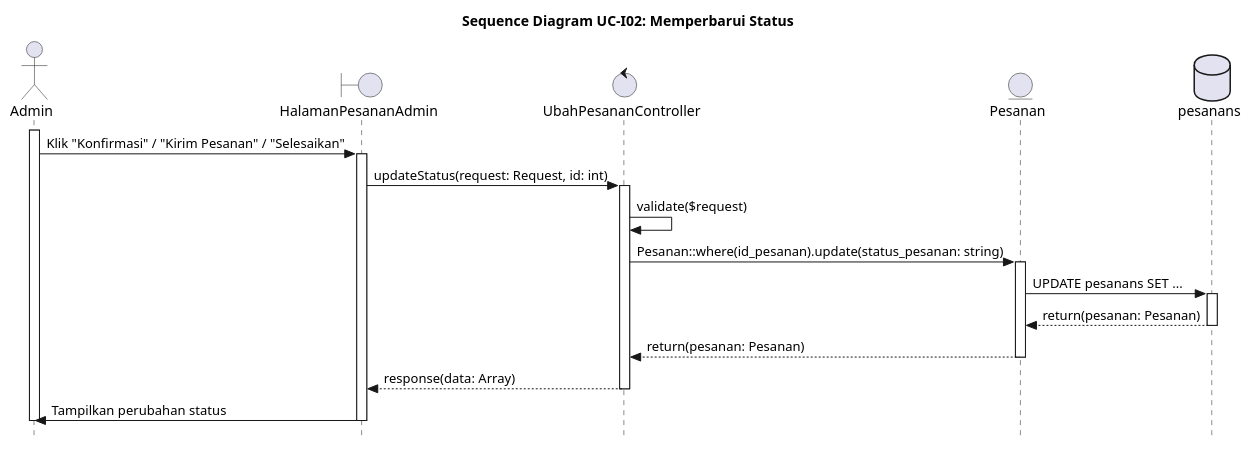
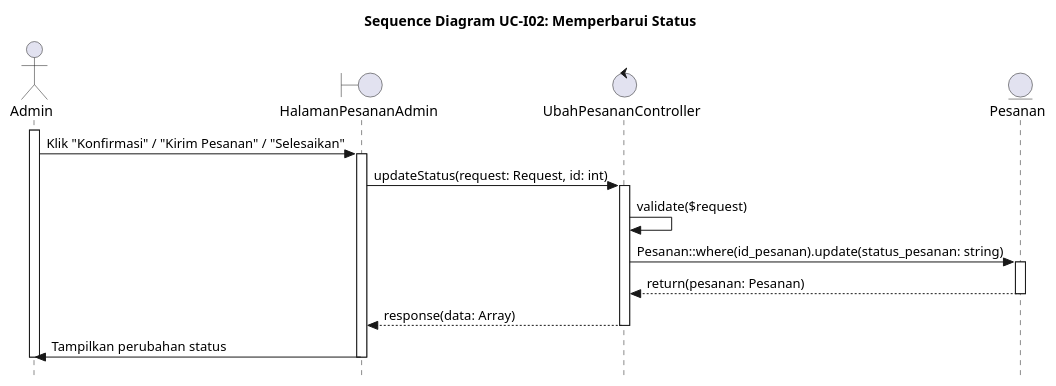
One commit to alfiahnurfa/RSI-PROYEK-AKHIR-SEQUENCE changed the diagram in UC-I02.PUML. Above: the diagram before and after it, drawn with PlantUML. The commit also changed 29 other files, not shown here.

Commit message:
hapus aktor database dari semua sequence

```diff
--- a/UC-I02.PUML
+++ b/UC-I02.PUML
@@ -1,39 +1,32 @@
 @startuml SD-UC-IO2_UpdateStatusPesanan
 title Sequence Diagram UC-I02: Memperbarui Status
 skinparam style strictuml
 
 actor Admin
 boundary HalamanPesananAdmin
 control UbahPesananController
 entity Pesanan
-database pesanans
 
 activate Admin
 
 Admin -> HalamanPesananAdmin : Klik "Konfirmasi" / "Kirim Pesanan" / "Selesaikan"
 activate HalamanPesananAdmin
 
 HalamanPesananAdmin -> UbahPesananController : updateStatus(request: Request, id: int)
 activate UbahPesananController
 
 UbahPesananController -> UbahPesananController : validate($request)
 UbahPesananController -> Pesanan : Pesanan::where(id_pesanan).update(status_pesanan: string)
 activate Pesanan
 
-Pesanan -> pesanans : UPDATE pesanans SET ...
-activate pesanans
-
-pesanans --> Pesanan : return(pesanan: Pesanan)
-deactivate pesanans
-
 Pesanan --> UbahPesananController : return(pesanan: Pesanan)
 deactivate Pesanan
 
 UbahPesananController --> HalamanPesananAdmin : response(data: Array)
 deactivate UbahPesananController
 
 HalamanPesananAdmin -> Admin : Tampilkan perubahan status
 deactivate HalamanPesananAdmin
 deactivate Admin
 
 @enduml
```
